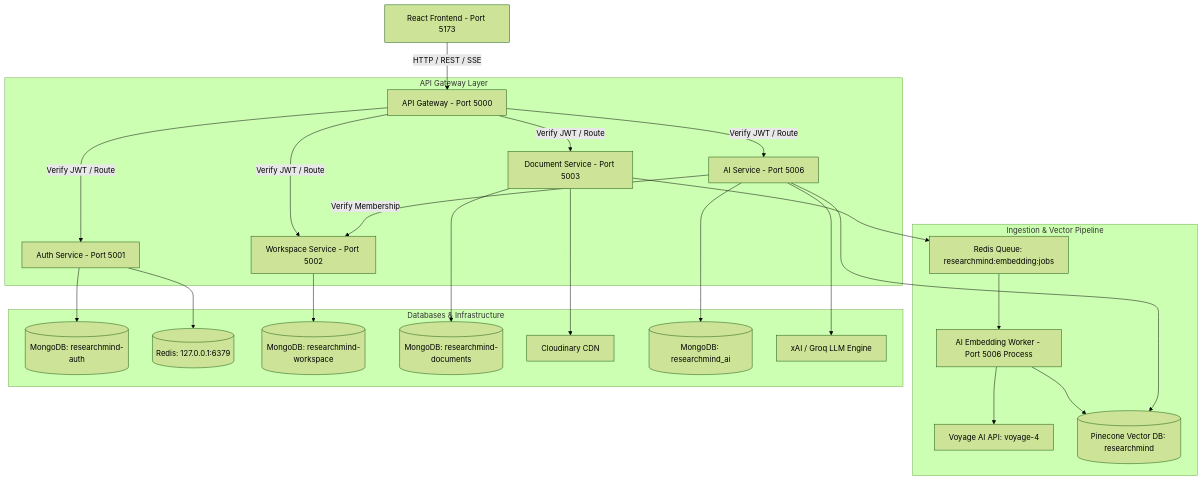
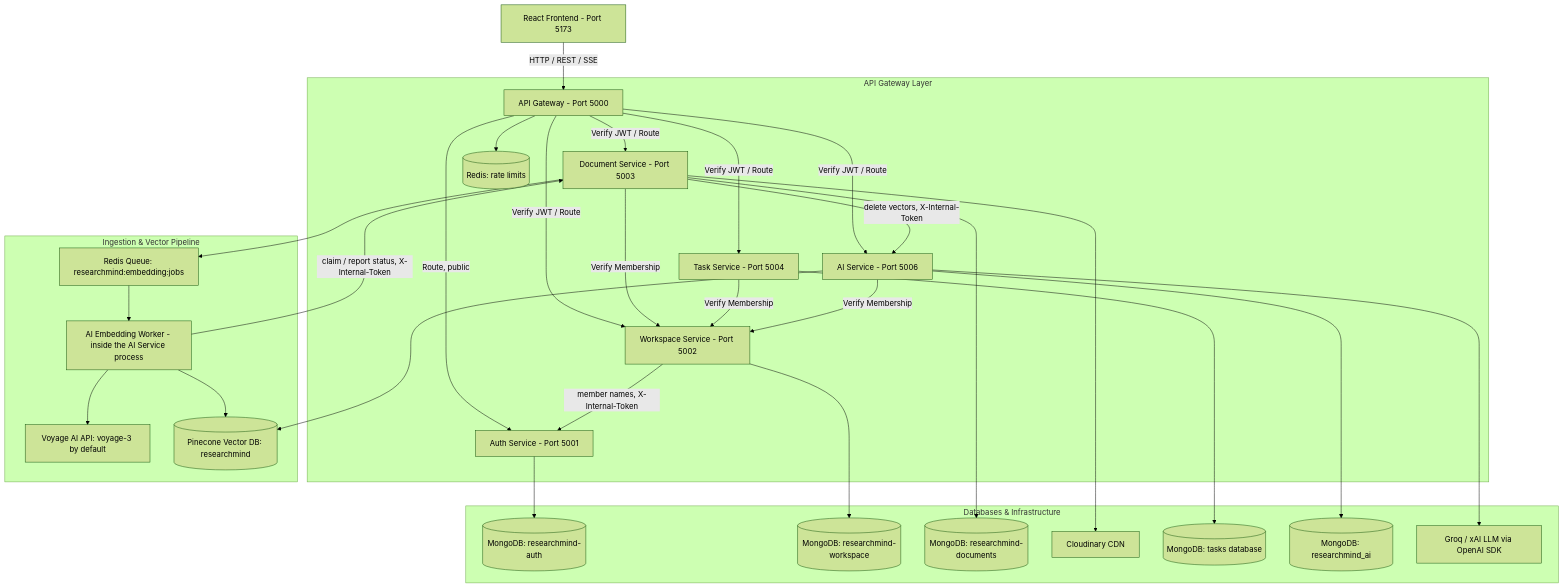
Before and after one commit to Nandha1306/ResearchMind: the diagram in docs/architecture/system-architecture.md, drawn with Mermaid (forest theme). The commit also changed other lines of this file and 76 other files, not shown here.

Commit message:
fix(wave-3): client token refresh, membership checks, task assignee and bulk import, join, navigation, stream truncation, status feedback, AI validation, truthful UI and docs

````diff
--- a/docs/architecture/system-architecture.md
+++ b/docs/architecture/system-architecture.md
@@ -11,30 +11,37 @@
 ```mermaid
 graph TD
     Client[React Frontend - Port 5173] -->|HTTP / REST / SSE| Gateway[API Gateway - Port 5000]
 
     subgraph API Gateway Layer
-        Gateway -->|Verify JWT / Route| AuthSvc[Auth Service - Port 5001]
+        Gateway -->|Route, public| AuthSvc[Auth Service - Port 5001]
         Gateway -->|Verify JWT / Route| WsSvc[Workspace Service - Port 5002]
         Gateway -->|Verify JWT / Route| DocSvc[Document Service - Port 5003]
+        Gateway -->|Verify JWT / Route| TaskSvc[Task Service - Port 5004]
         Gateway -->|Verify JWT / Route| AISvc[AI Service - Port 5006]
+        Gateway --> RedisRL[(Redis: rate limits)]
     end
 
     subgraph Ingestion & Vector Pipeline
         DocSvc --> RedisQueue[Redis Queue: researchmind:embedding:jobs]
-        RedisQueue --> AIWorker[AI Embedding Worker - Port 5006 Process]
-        AIWorker --> VoyageAI[Voyage AI API: voyage-4]
+        RedisQueue --> AIWorker[AI Embedding Worker - inside the AI Service process]
+        AIWorker -->|claim / report status, X-Internal-Token| DocSvc
+        AIWorker --> VoyageAI[Voyage AI API: voyage-3 by default]
         AIWorker --> Pinecone[(Pinecone Vector DB: researchmind)]
+        DocSvc -->|delete vectors, X-Internal-Token| AISvc
     end
 
     subgraph Databases & Infrastructure
         AuthSvc --> MongoAuth[(MongoDB: researchmind-auth)]
-        AuthSvc --> Redis[(Redis: 127.0.0.1:6379)]
         WsSvc --> MongoWs[(MongoDB: researchmind-workspace)]
+        WsSvc -->|member names, X-Internal-Token| AuthSvc
         DocSvc --> MongoDoc[(MongoDB: researchmind-documents)]
         DocSvc --> Cloudinary[Cloudinary CDN]
+        DocSvc -->|Verify Membership| WsSvc
+        TaskSvc --> MongoTask[(MongoDB: tasks database)]
+        TaskSvc -->|Verify Membership| WsSvc
         AISvc --> MongoAI[(MongoDB: researchmind_ai)]
         AISvc -->|Verify Membership| WsSvc
         AISvc --> Pinecone
-        AISvc --> Groq[xAI / Groq LLM Engine]
+        AISvc --> Groq[Groq / xAI LLM via OpenAI SDK]
     end
 ```
````
